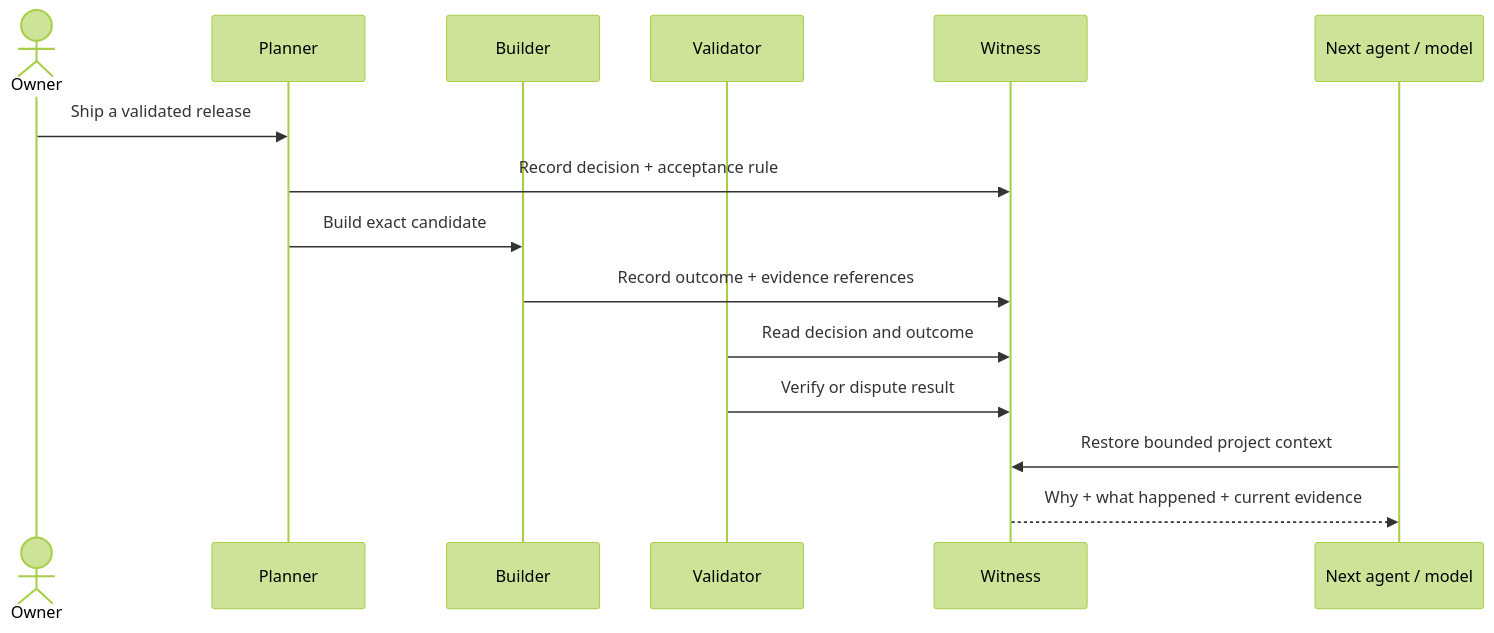
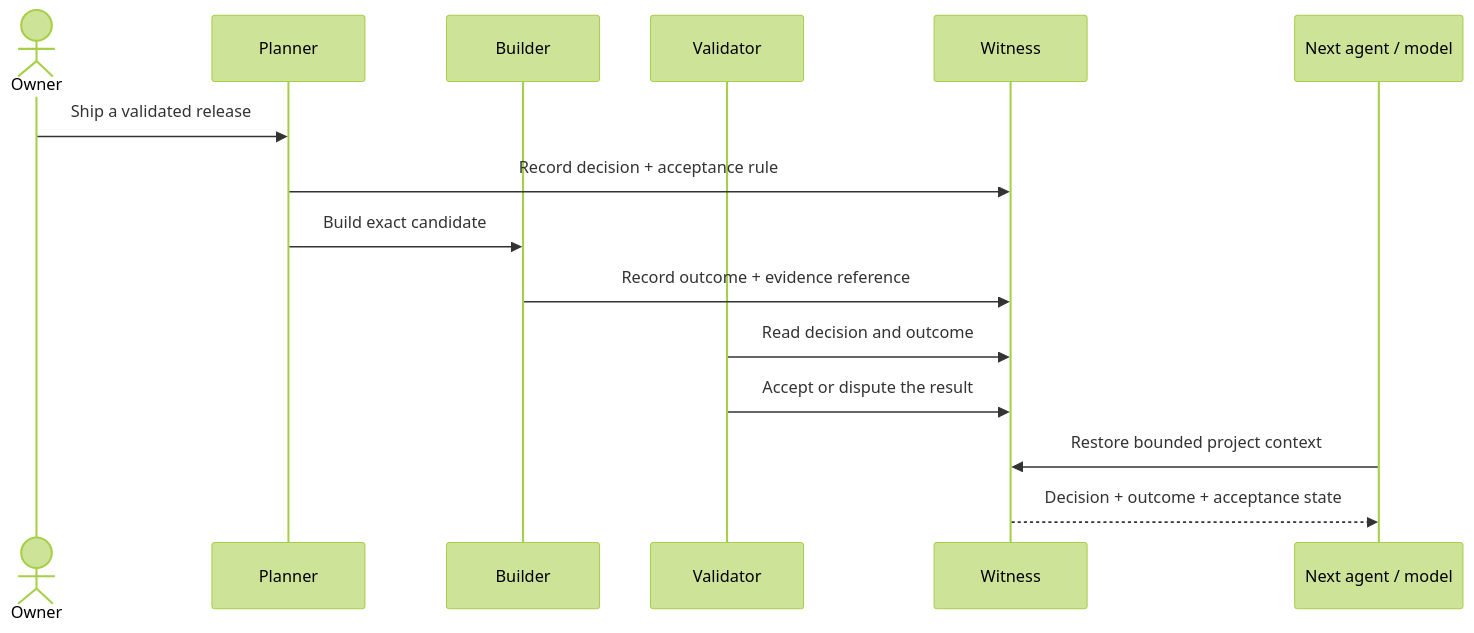
Before and after one commit to MaximilianoColoma/witness: the diagram in README.md, drawn with Mermaid (forest theme). The commit also changed other lines of this file and 7 other files, not shown here.

Commit message:
docs: position Witness as an open evidence layer (#5)

````diff
--- a/README.md
+++ b/README.md
@@ -29,18 +59,18 @@
 ```mermaid
 sequenceDiagram
     actor Owner
     participant Planner
     participant Builder
     participant Validator
     participant Witness
     participant NextAgent as Next agent / model
 
     Owner->>Planner: Ship a validated release
     Planner->>Witness: Record decision + acceptance rule
     Planner->>Builder: Build exact candidate
-    Builder->>Witness: Record outcome + evidence references
+    Builder->>Witness: Record outcome + evidence reference
     Validator->>Witness: Read decision and outcome
-    Validator->>Witness: Verify or dispute result
+    Validator->>Witness: Accept or dispute the result
     NextAgent->>Witness: Restore bounded project context
-    Witness-->>NextAgent: Why + what happened + current evidence
+    Witness-->>NextAgent: Decision + outcome + acceptance state
 ```
````
